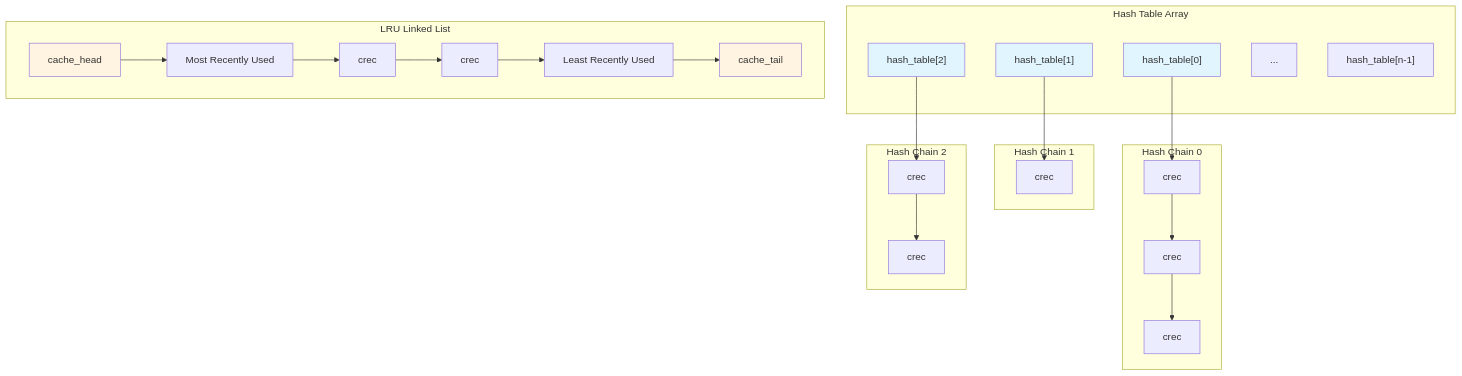
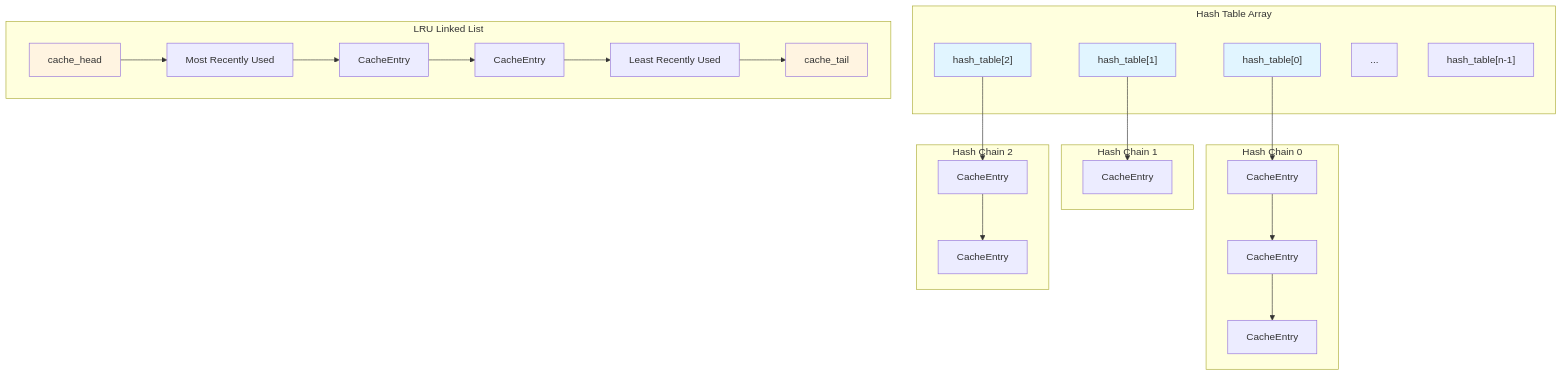
Before and after one commit to blitzy-public-samples/blitzy-dnsmasq: the first of 3 diagrams in docs/DNS_CACHING.md, drawn with Mermaid. The commit also changed other lines of this file, not shown here.

````diff
--- a/docs/DNS_CACHING.md
+++ b/docs/DNS_CACHING.md
@@ -52,40 +52,40 @@
 ```mermaid
 graph TB
     subgraph "Hash Table Array"
         H0["hash_table[0]"]
         H1["hash_table[1]"]
         H2["hash_table[2]"]
         Hdot["..."]
         Hn["hash_table[n-1]"]
     end
     
     subgraph "Hash Chain 0"
-        C01["crec"] --> C02["crec"] --> C03["crec"]
+        C01["CacheEntry"] --> C02["CacheEntry"] --> C03["CacheEntry"]
     end
     
     subgraph "Hash Chain 1"
-        C11["crec"]
+        C11["CacheEntry"]
     end
     
     subgraph "Hash Chain 2"
-        C21["crec"] --> C22["crec"]
+        C21["CacheEntry"] --> C22["CacheEntry"]
     end
     
     H0 --> C01
     H1 --> C11
     H2 --> C21
     
     subgraph "LRU Linked List"
         Head["cache_head"] --> LRU1["Most Recently Used"]
-        LRU1 --> LRU2["crec"]
-        LRU2 --> LRU3["crec"]
+        LRU1 --> LRU2["CacheEntry"]
+        LRU2 --> LRU3["CacheEntry"]
         LRU3 --> LRUn["Least Recently Used"]
         LRUn --> Tail["cache_tail"]
     end
     
     style H0 fill:#e1f5ff
     style H1 fill:#e1f5ff
     style H2 fill:#e1f5ff
     style Head fill:#fff4e1
     style Tail fill:#fff4e1
 ```
````
